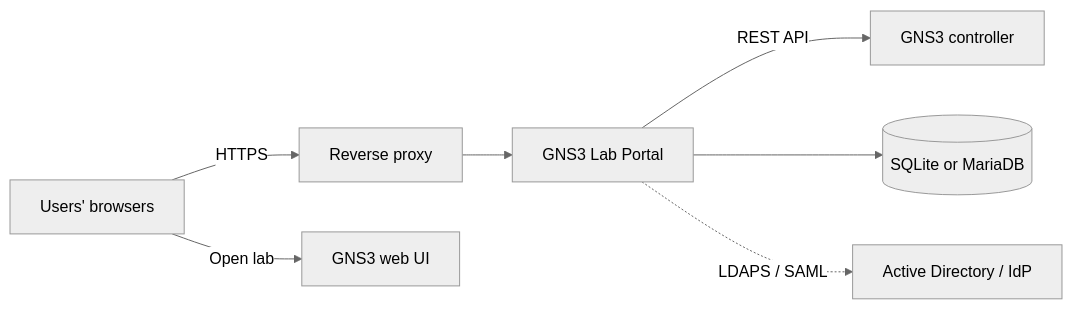
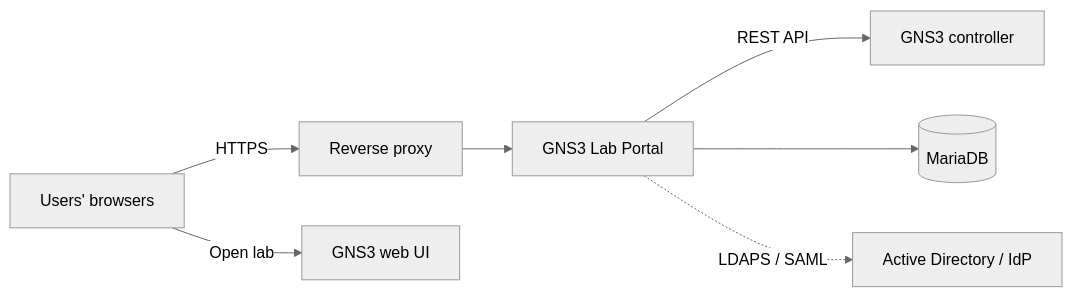
One commit to dhavalsoni88/GNS3-Lab-portal changed the diagram in README.md. Above: the diagram before and after it, drawn with Mermaid (neutral theme). The commit also changed other lines of this file and 27 other files, not shown here.

````diff
--- a/README.md
+++ b/README.md
@@ -44,9 +44,9 @@
 ```mermaid
 flowchart LR
   U[Users' browsers] -->|HTTPS| P[Reverse proxy]
   P --> A[GNS3 Lab Portal]
   A -->|REST API| G[GNS3 controller]
-  A --> D[(SQLite or MariaDB)]
+  A --> D[(MariaDB)]
   A -. LDAPS / SAML .-> I[Active Directory / IdP]
   U -->|Open lab| W[GNS3 web UI]
 ```
````
